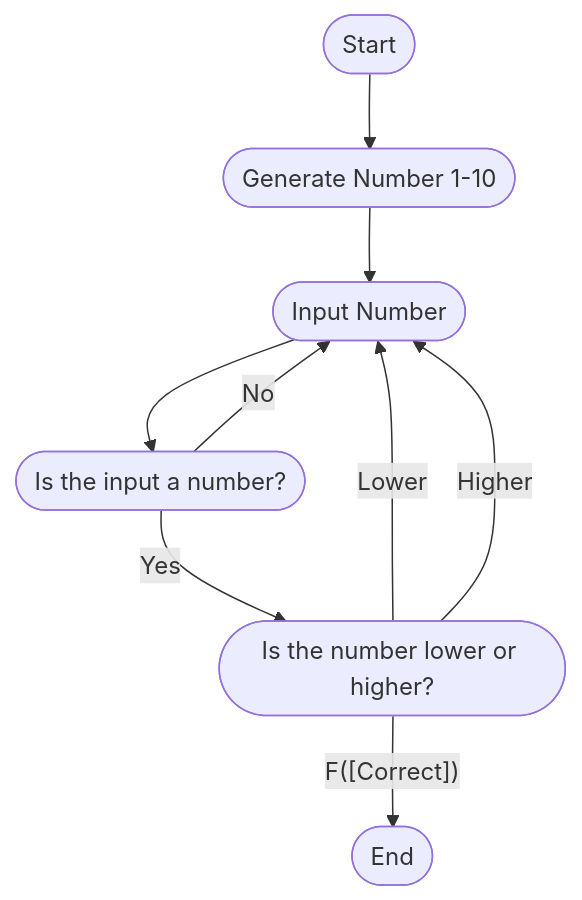
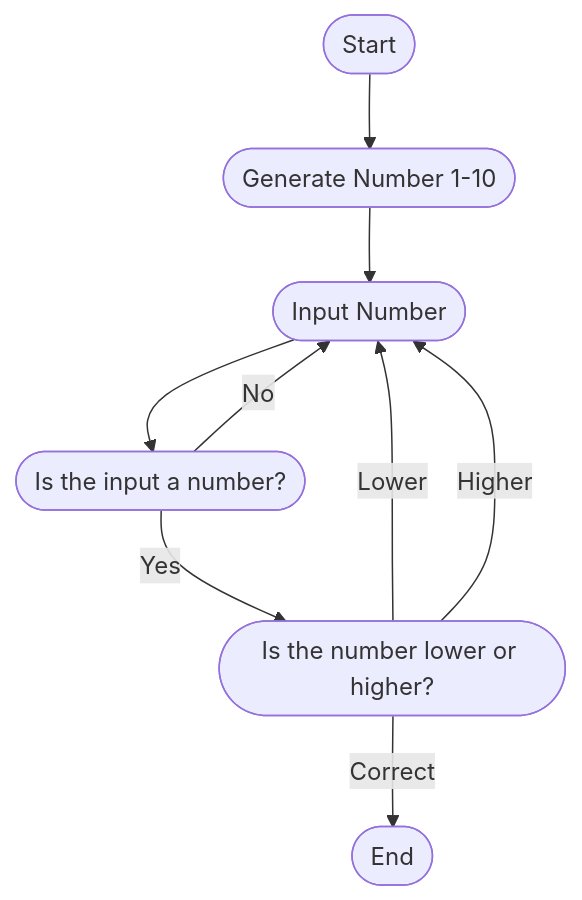
One commit to Wil134/Wil134.github.io changed the diagram in Guessing.md. Above: the diagram before and after it, drawn with Mermaid.

````diff
--- a/Guessing.md
+++ b/Guessing.md
@@ -2,11 +2,11 @@
 ```mermaid
 flowchart TD;
 A([Start]) --> B([Generate Number 1-10])
 B --> C([Input Number])
 C --> D([Is the input a number?])
 D -- No --> C
 D -- Yes --> E([Is the number lower or higher?])
 E -- Lower --> C
 E -- Higher --> C
-E -- F([Correct]) --> G([End])
+E -- Correct --> F([End])
 ```
````
